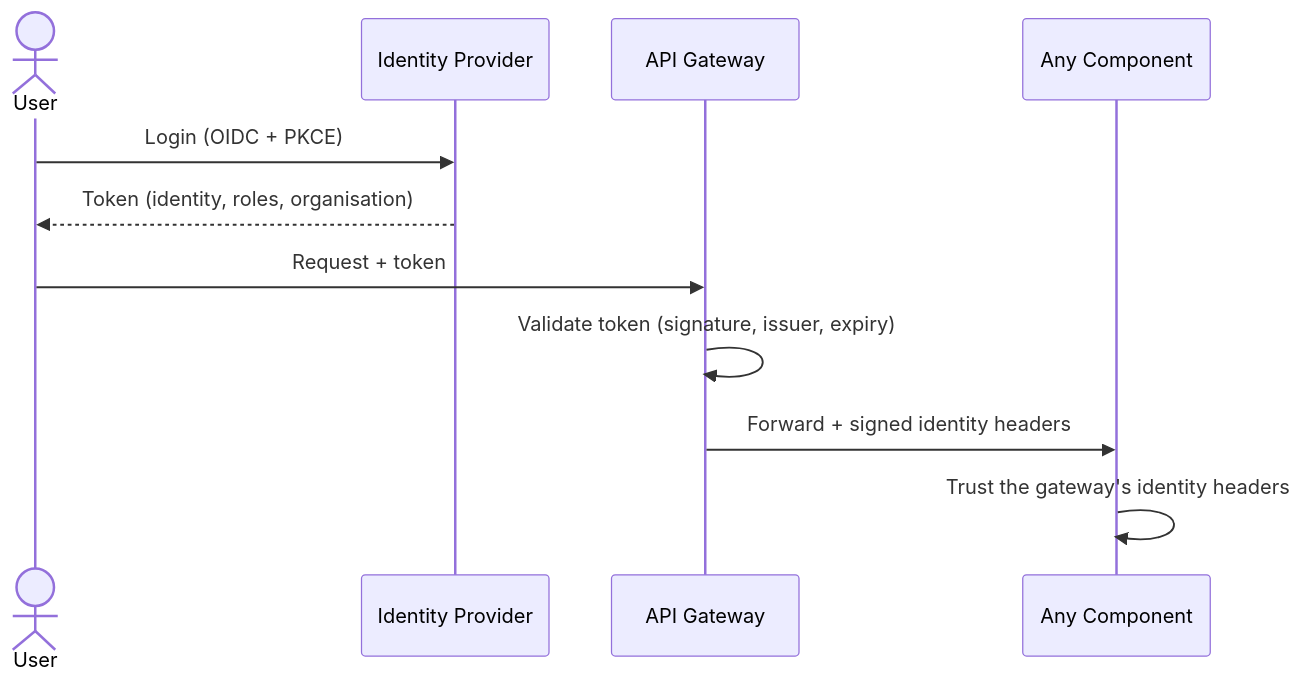
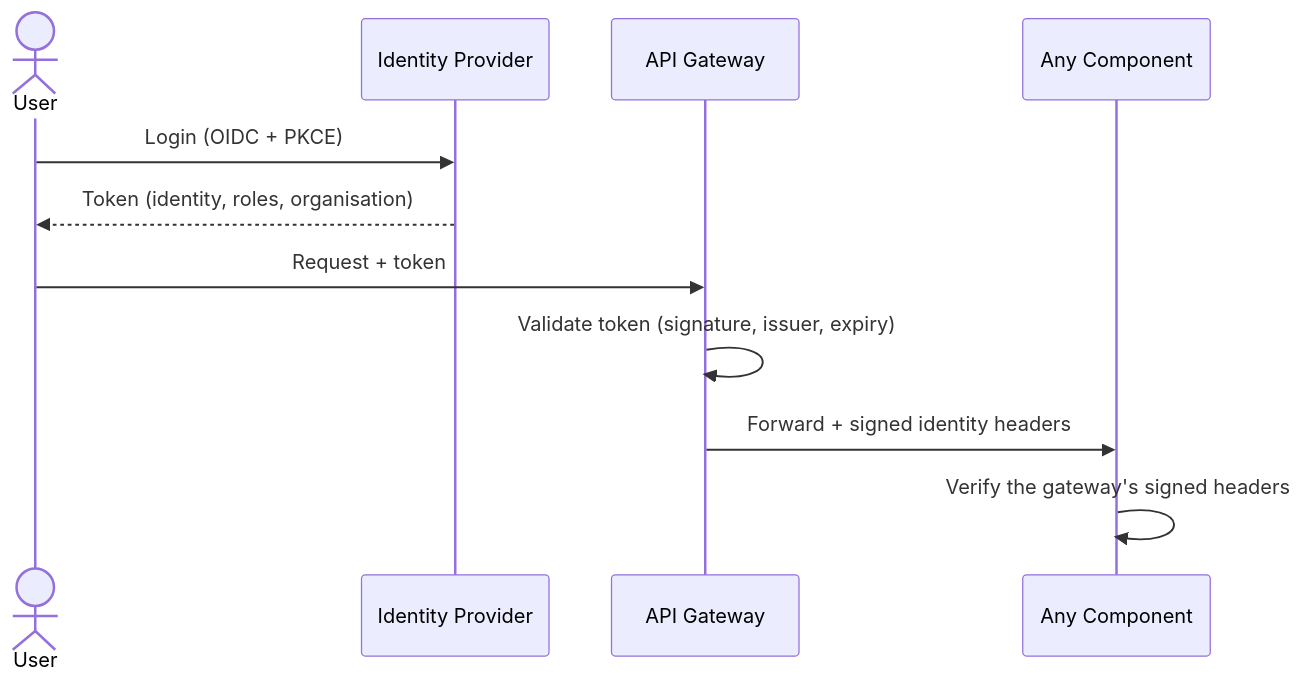
Before and after one commit to datakaveri/cdpg-docs: the diagram in docs/flows/authentication.md, drawn with Mermaid. The commit also changed other lines of this file and 67 other files, not shown here.

````diff
--- a/docs/flows/authentication.md
+++ b/docs/flows/authentication.md
@@ -11,14 +13,14 @@
 ```mermaid
 sequenceDiagram
     actor U as User
     participant KC as Identity Provider
     participant GW as API Gateway
     participant S as Any Component
 
     U->>KC: Login (OIDC + PKCE)
     KC-->>U: Token (identity, roles, organisation)
     U->>GW: Request + token
     GW->>GW: Validate token (signature, issuer, expiry)
     GW->>S: Forward + signed identity headers
-    S->>S: Trust the gateway's identity headers
+    S->>S: Verify the gateway's signed headers
 ```
````
